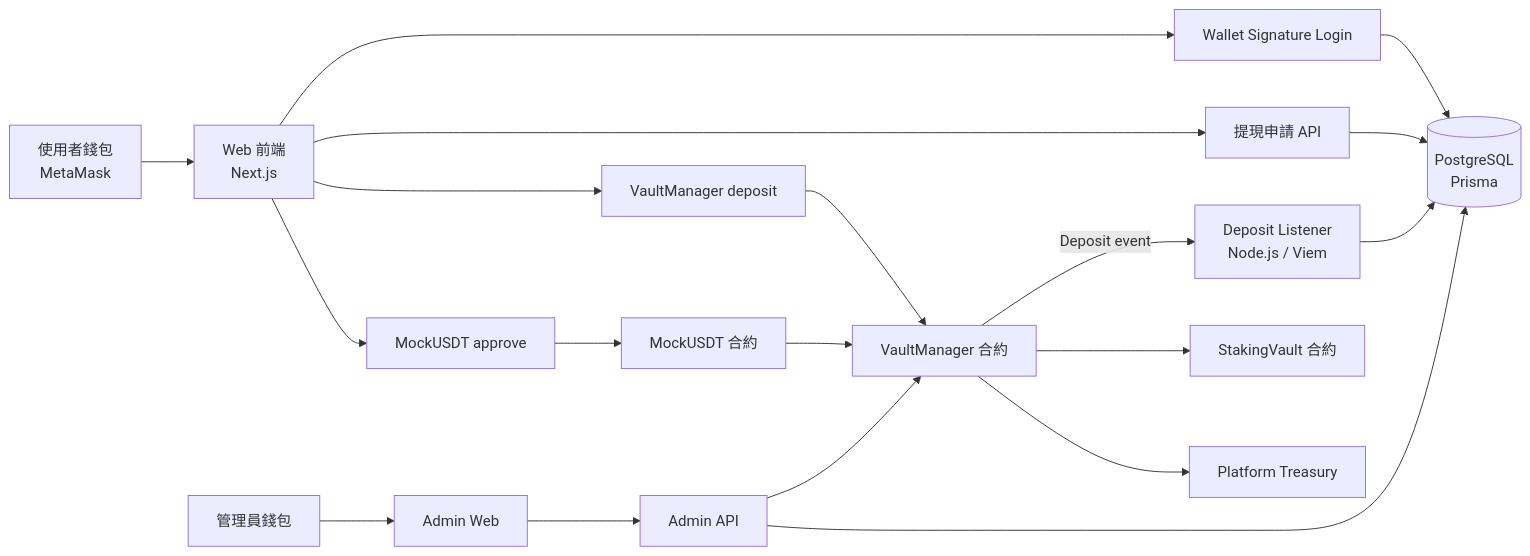
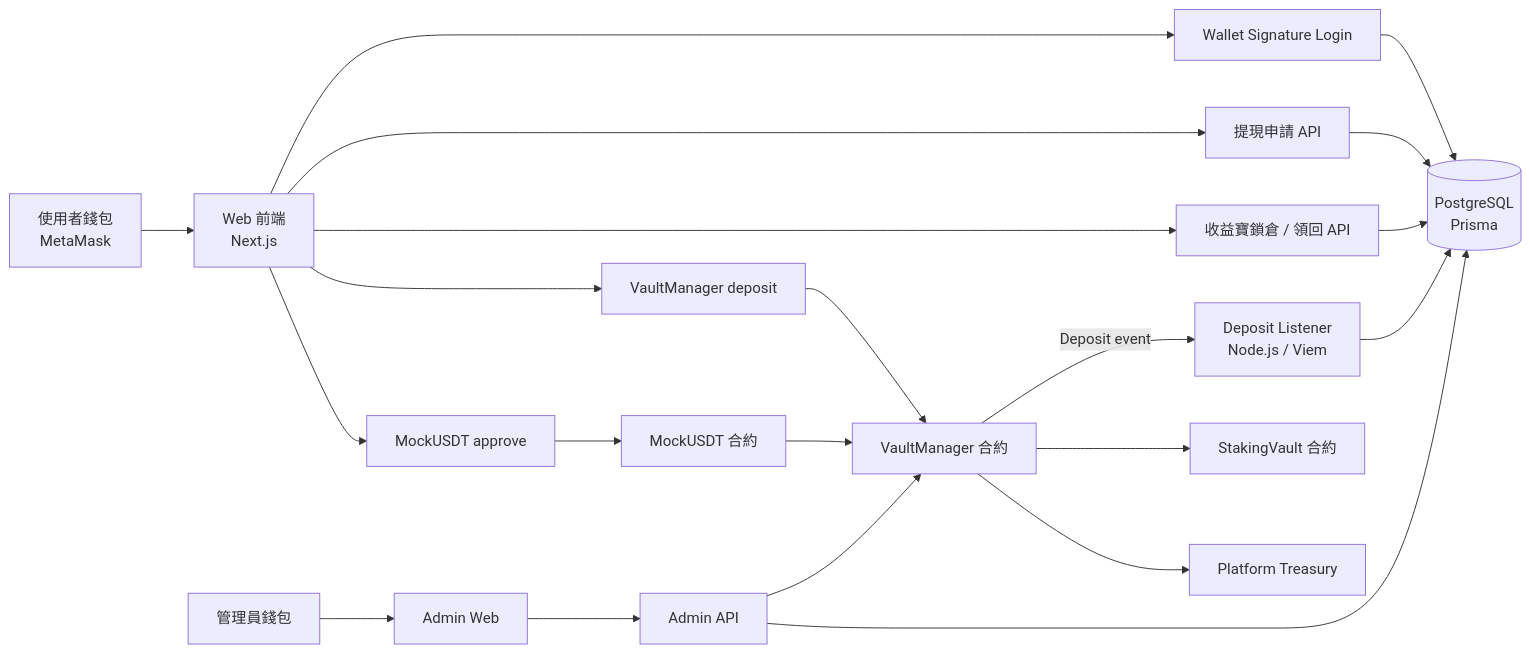
One commit to markx2008/bsc-gamefi-bot changed the diagram in README.md. Above: the diagram before and after it, drawn with Mermaid. The commit also changed other lines of this file and 15 other files, not shown here.

````diff
--- a/README.md
+++ b/README.md
@@ -11,27 +11,29 @@
 ```mermaid
 flowchart LR
   user[使用者錢包<br/>MetaMask] --> web[Web 前端<br/>Next.js]
   admin[管理員錢包] --> adminWeb[Admin Web]
 
   web --> walletLogin[Wallet Signature Login]
   web --> approve[MockUSDT approve]
   web --> deposit[VaultManager deposit]
   web --> withdrawReq[提現申請 API]
+  web --> earnLock[收益寶鎖倉 / 領回 API]
 
   walletLogin --> db[(PostgreSQL<br/>Prisma)]
   withdrawReq --> db
+  earnLock --> db
 
   approve --> usdt[MockUSDT 合約]
   deposit --> vault[VaultManager 合約]
   usdt --> vault
 
   vault -- Deposit event --> listener[Deposit Listener<br/>Node.js / Viem]
   listener --> db
 
   adminWeb --> adminApi[Admin API]
   adminApi --> db
   adminApi --> vault
 
   vault --> staking[StakingVault 合約]
   vault --> treasury[Platform Treasury]
 ```
````
